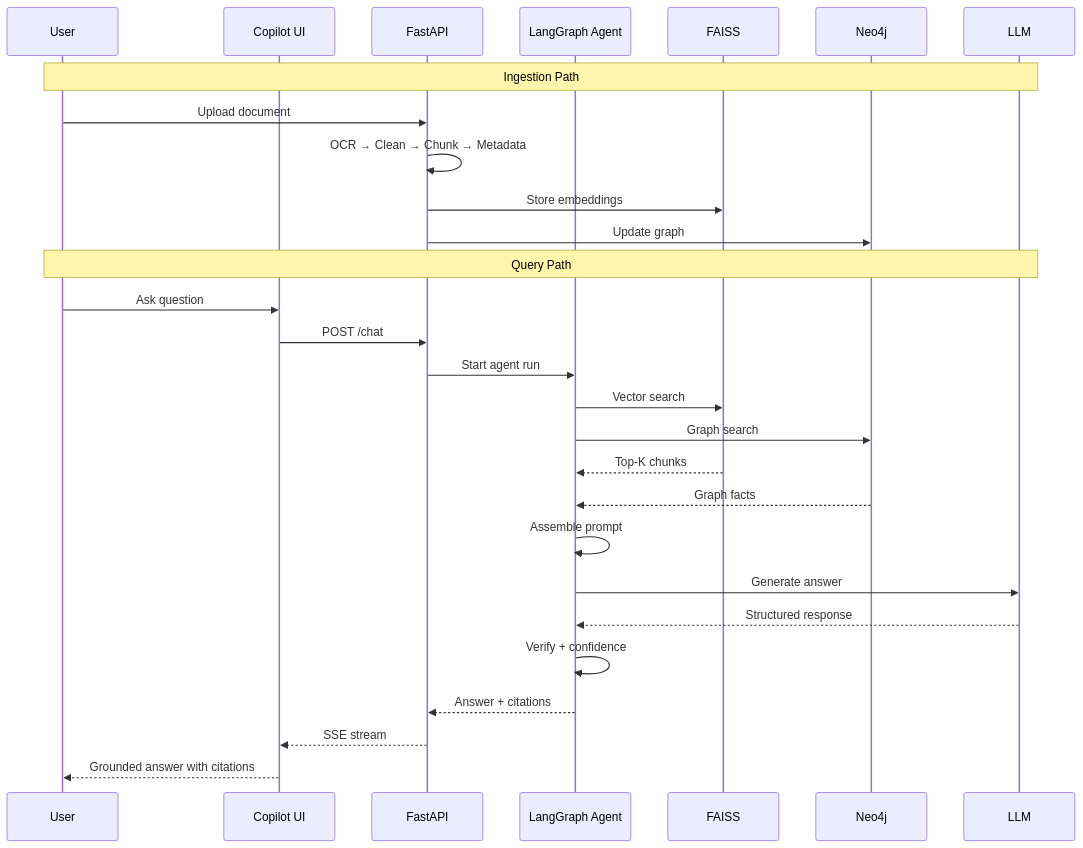
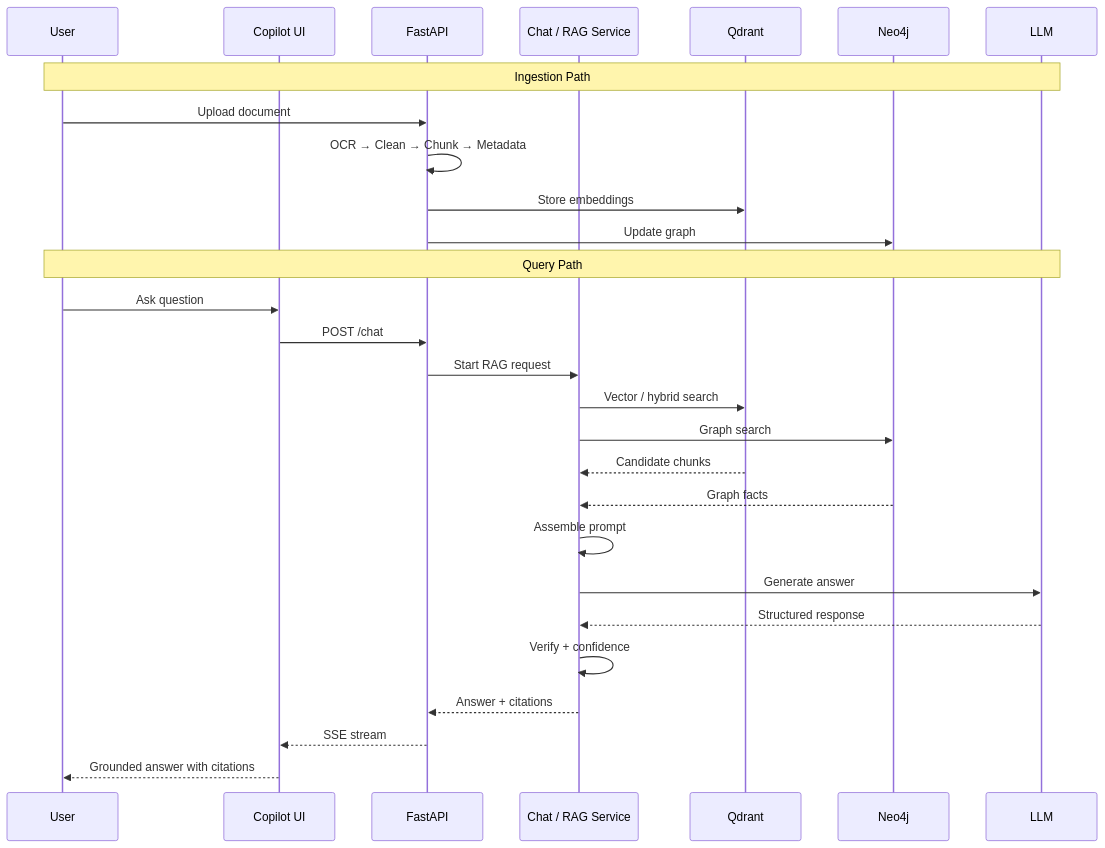
Before and after one commit to pratapVansh/TRACE: diagram 13 of 13 in docs/10_RAG_PIPELINE.md, drawn with Mermaid. The commit also changed other lines of this file and 60 other files, not shown here.

````diff
--- a/docs/10_RAG_PIPELINE.md
+++ b/docs/10_RAG_PIPELINE.md
@@ -443,32 +449,32 @@
 ```mermaid
 sequenceDiagram
     participant User
     participant UI as Copilot UI
     participant API as FastAPI
-    participant Agent as LangGraph Agent
-    participant FAISS
+    participant Agent as Chat / RAG Service
+    participant Qdrant
     participant Neo4j
     participant LLM
 
     Note over User,LLM: Ingestion Path
     User->>API: Upload document
     API->>API: OCR → Clean → Chunk → Metadata
-    API->>FAISS: Store embeddings
+    API->>Qdrant: Store embeddings
     API->>Neo4j: Update graph
 
     Note over User,LLM: Query Path
     User->>UI: Ask question
     UI->>API: POST /chat
-    API->>Agent: Start agent run
-    Agent->>FAISS: Vector search
+    API->>Agent: Start RAG request
+    Agent->>Qdrant: Vector / hybrid search
     Agent->>Neo4j: Graph search
-    FAISS-->>Agent: Top-K chunks
+    Qdrant-->>Agent: Candidate chunks
     Neo4j-->>Agent: Graph facts
     Agent->>Agent: Assemble prompt
     Agent->>LLM: Generate answer
     LLM-->>Agent: Structured response
     Agent->>Agent: Verify + confidence
     Agent-->>API: Answer + citations
     API-->>UI: SSE stream
     UI-->>User: Grounded answer with citations
 ```
````
